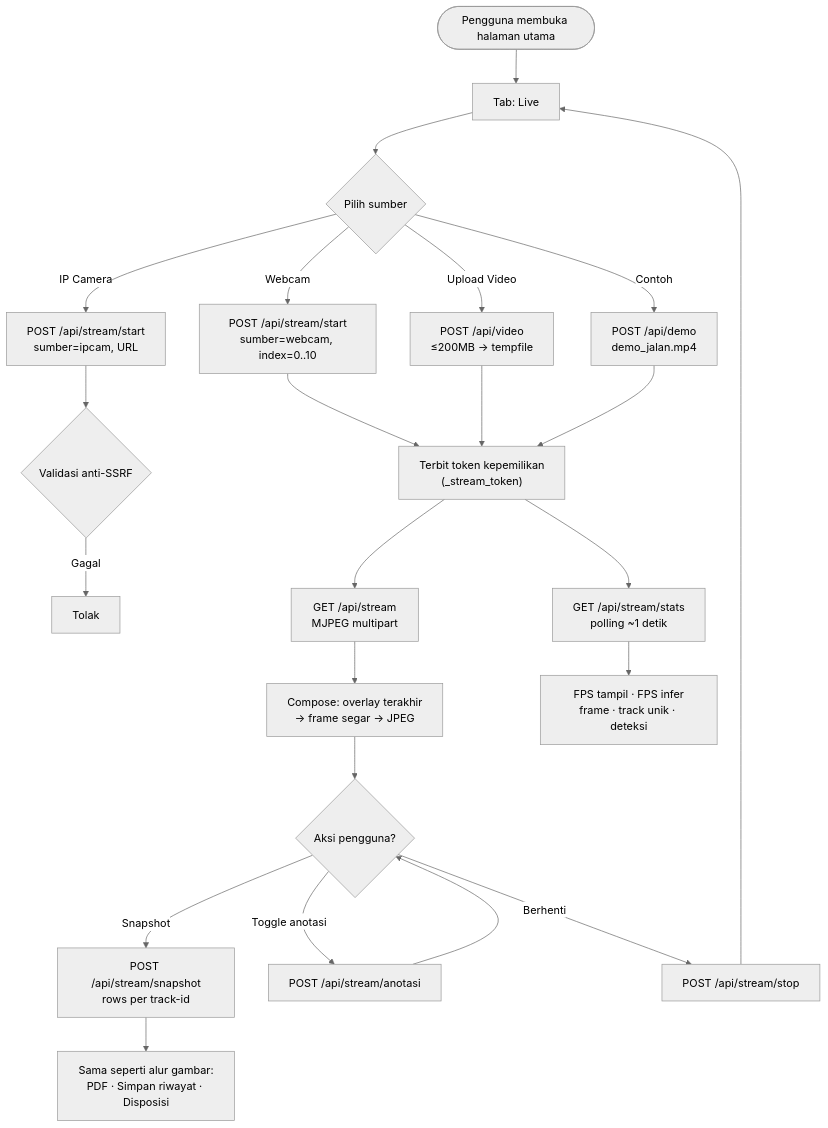
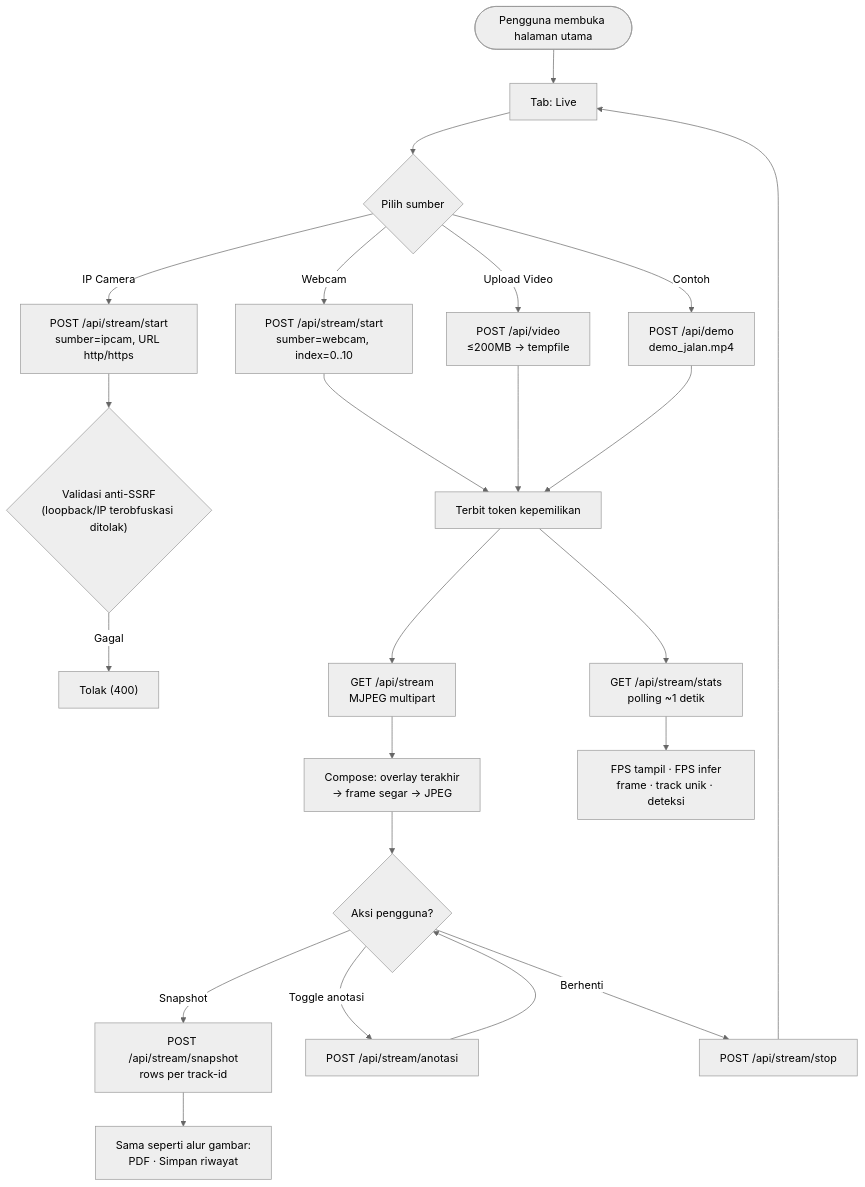
The third of 6 diagrams in docs/User-Flow.md (rachmatx/jalan-pantau), drawn with Mermaid (neutral theme) before and after one commit. The commit also changed other lines of this file and 12 other files, not shown here.

````diff
--- a/docs/User-Flow.md
+++ b/docs/User-Flow.md
@@ -184,33 +173,33 @@
 ```mermaid
 flowchart TD
     U(["Pengguna membuka halaman utama"]) --> TAB["Tab: Live"]
     TAB --> PILIH_SRC{"Pilih sumber"}
 
     PILIH_SRC -->|Webcam| WEBCAM["POST /api/stream/start<br/>sumber=webcam, index=0..10"]
-    PILIH_SRC -->|IP Camera| IPCAM["POST /api/stream/start<br/>sumber=ipcam, URL"]
+    PILIH_SRC -->|IP Camera| IPCAM["POST /api/stream/start<br/>sumber=ipcam, URL http/https"]
     PILIH_SRC -->|Upload Video| UPLOAD["POST /api/video<br/>≤200MB → tempfile"]
     PILIH_SRC -->|Contoh| DEMO["POST /api/demo<br/>demo_jalan.mp4"]
 
-    IPCAM --> SSRF{"Validasi anti-SSRF"}
-    SSRF -->|Gagal| ERR["Tolak"]
+    IPCAM --> SSRF{"Validasi anti-SSRF<br/>(loopback/IP terobfuskasi ditolak)"}
+    SSRF -->|Gagal| ERR["Tolak (400)"]
 
     WEBCAM --> TOKEN
     UPLOAD --> TOKEN
     DEMO --> TOKEN
 
-    TOKEN["Terbit token kepemilikan<br/>(_stream_token)"]
+    TOKEN["Terbit token kepemilikan"]
     TOKEN --> MJPEG["GET /api/stream<br/>MJPEG multipart"]
     TOKEN --> STATS["GET /api/stream/stats<br/>polling ~1 detik"]
 
     MJPEG --> LAYER["Compose: overlay terakhir<br/>→ frame segar → JPEG"]
     STATS --> MONITOR["FPS tampil · FPS infer<br/>frame · track unik · deteksi"]
 
     LAYER --> SNAP{"Aksi pengguna?"}
     SNAP -->|Snapshot| SNAPSHOOT["POST /api/stream/snapshot<br/>rows per track-id"]
     SNAP -->|Toggle anotasi| ANNOTASI["POST /api/stream/anotasi"]
     SNAP -->|Berhenti| STOP["POST /api/stream/stop"]
 
-    SNAPSHOOT --> SAMA["Sama seperti alur gambar:<br/>PDF · Simpan riwayat · Disposisi"]
+    SNAPSHOOT --> SAMA["Sama seperti alur gambar:<br/>PDF · Simpan riwayat"]
     ANNOTASI --> SNAP
     STOP --> TAB
 ```
````
